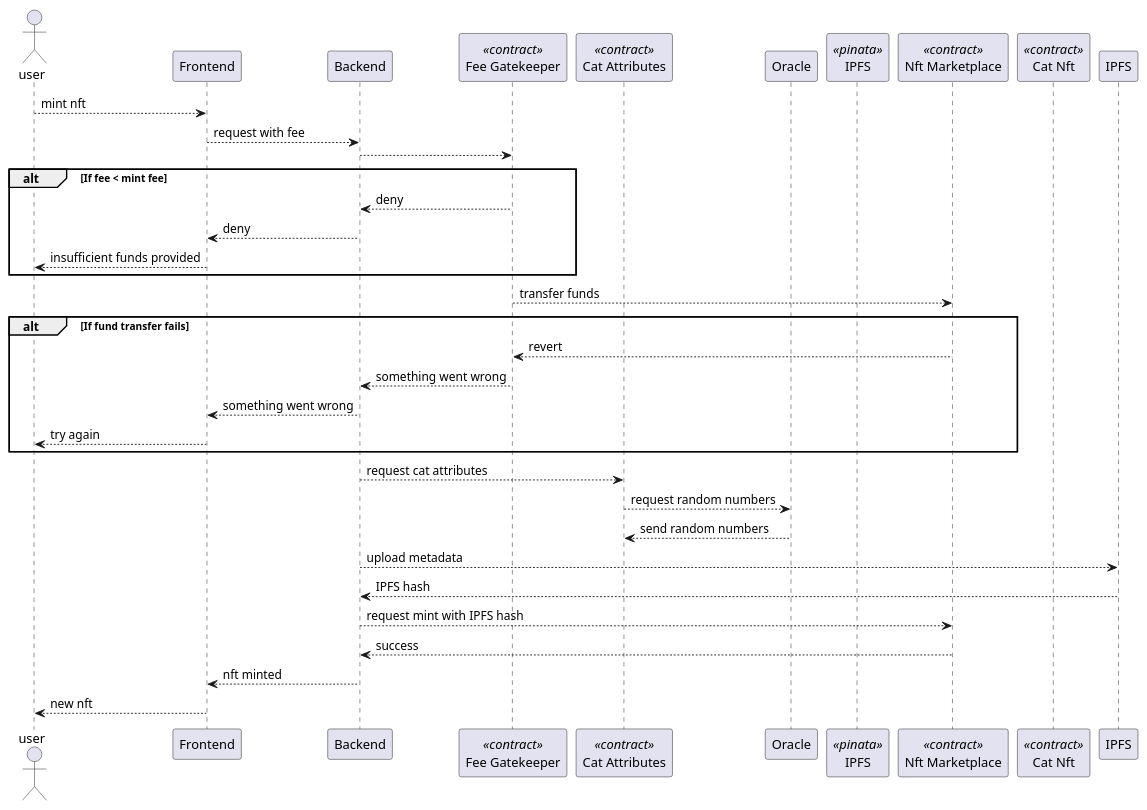
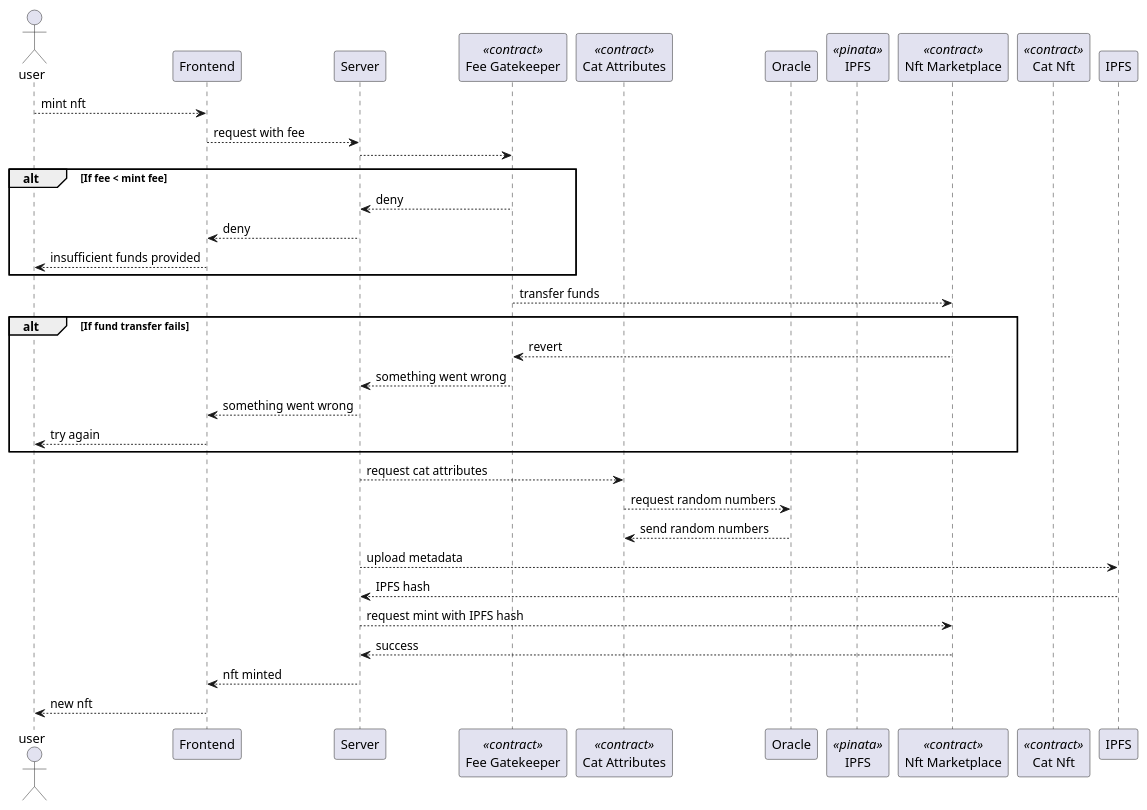
One commit to tmpoe/soa-nft-marketplace changed the diagram in docs/backend_heavy_sequence_diagram.md. Above: the diagram before and after it, drawn with PlantUML.

Commit message:
Rename backend to server in doc

````diff
--- a/docs/backend_heavy_sequence_diagram.md
+++ b/docs/backend_heavy_sequence_diagram.md
@@ -1,47 +1,47 @@
 ```plantuml
 @startuml
 actor user
 participant Frontend as frontend
-participant "Backend" as backend
+participant "Server" as server
 participant "Fee Gatekeeper" as fee_gatekeeper <<contract>>
 participant "Cat Attributes" as cat_attributes <<contract>>
 participant "Oracle" as oracle
 participant "IPFS" as ipfs <<pinata>>
 participant "Nft Marketplace" as nft_marketplace <<contract>>
 participant "Cat Nft" as cat_nft <<contract>>
 
 user --> frontend : mint nft
-frontend --> backend : request with fee
-backend --> fee_gatekeeper
+frontend --> server : request with fee
+server --> fee_gatekeeper
 
 alt If fee < mint fee
-    fee_gatekeeper --> backend : deny
-    backend --> frontend : deny
+    fee_gatekeeper --> server : deny
+    server --> frontend : deny
     frontend --> user : insufficient funds provided
 end
 
 fee_gatekeeper --> nft_marketplace : transfer funds
 
 alt If fund transfer fails
     nft_marketplace --> fee_gatekeeper : revert
-    fee_gatekeeper --> backend : something went wrong
-    backend --> frontend : something went wrong
+    fee_gatekeeper --> server : something went wrong
+    server --> frontend : something went wrong
     frontend --> user : try again
 end
 
-backend --> cat_attributes : request cat attributes
+server --> cat_attributes : request cat attributes
 cat_attributes --> oracle : request random numbers
 oracle --> cat_attributes : send random numbers
 
-backend --> IPFS : upload metadata
-IPFS --> backend : IPFS hash
+server --> IPFS : upload metadata
+IPFS --> server : IPFS hash
 
 ' No error handling here for now
-backend --> nft_marketplace : request mint with IPFS hash
-nft_marketplace --> backend : success
-backend --> frontend : nft minted
+server --> nft_marketplace : request mint with IPFS hash
+nft_marketplace --> server : success
+server --> frontend : nft minted
 frontend --> user : new nft
 
 
 @enduml
 ```
````
